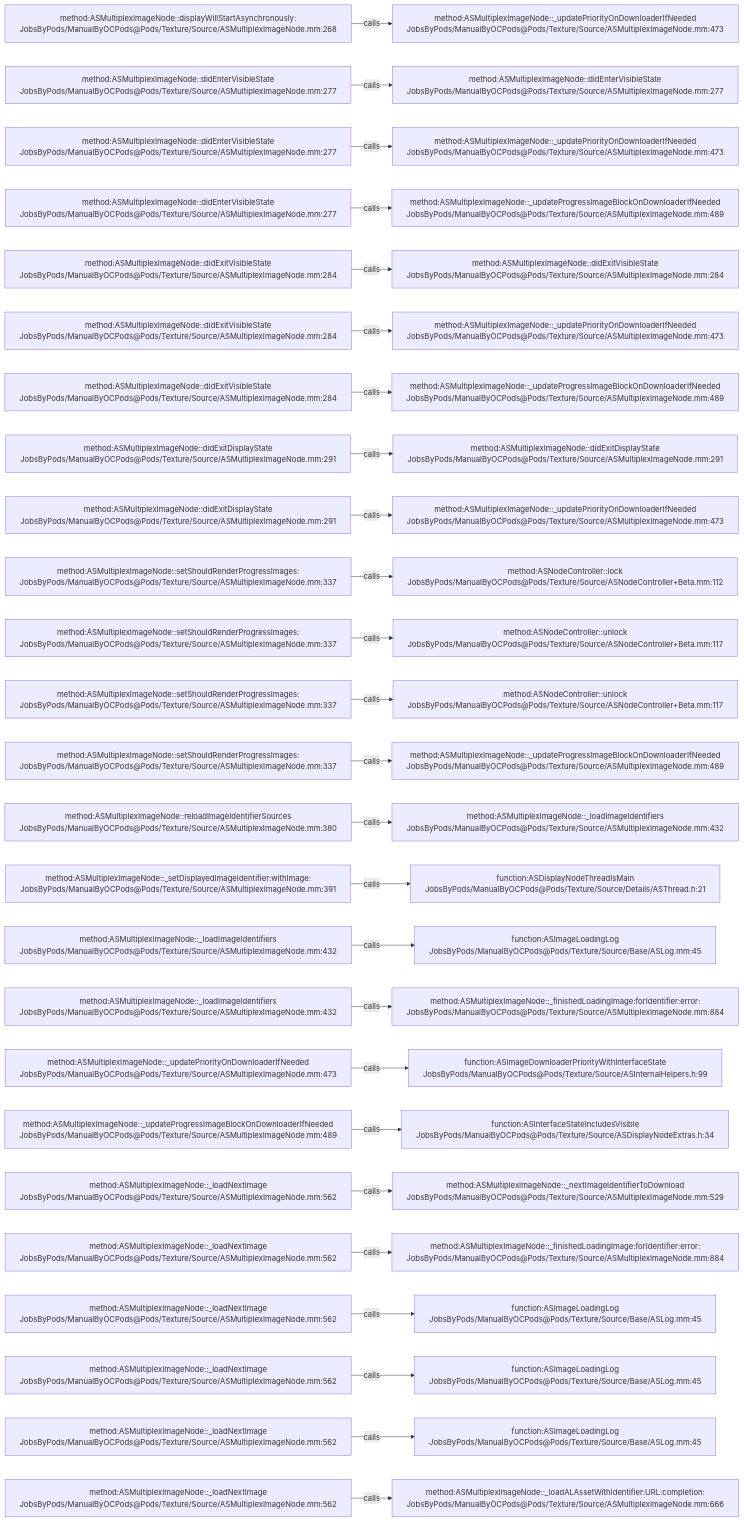
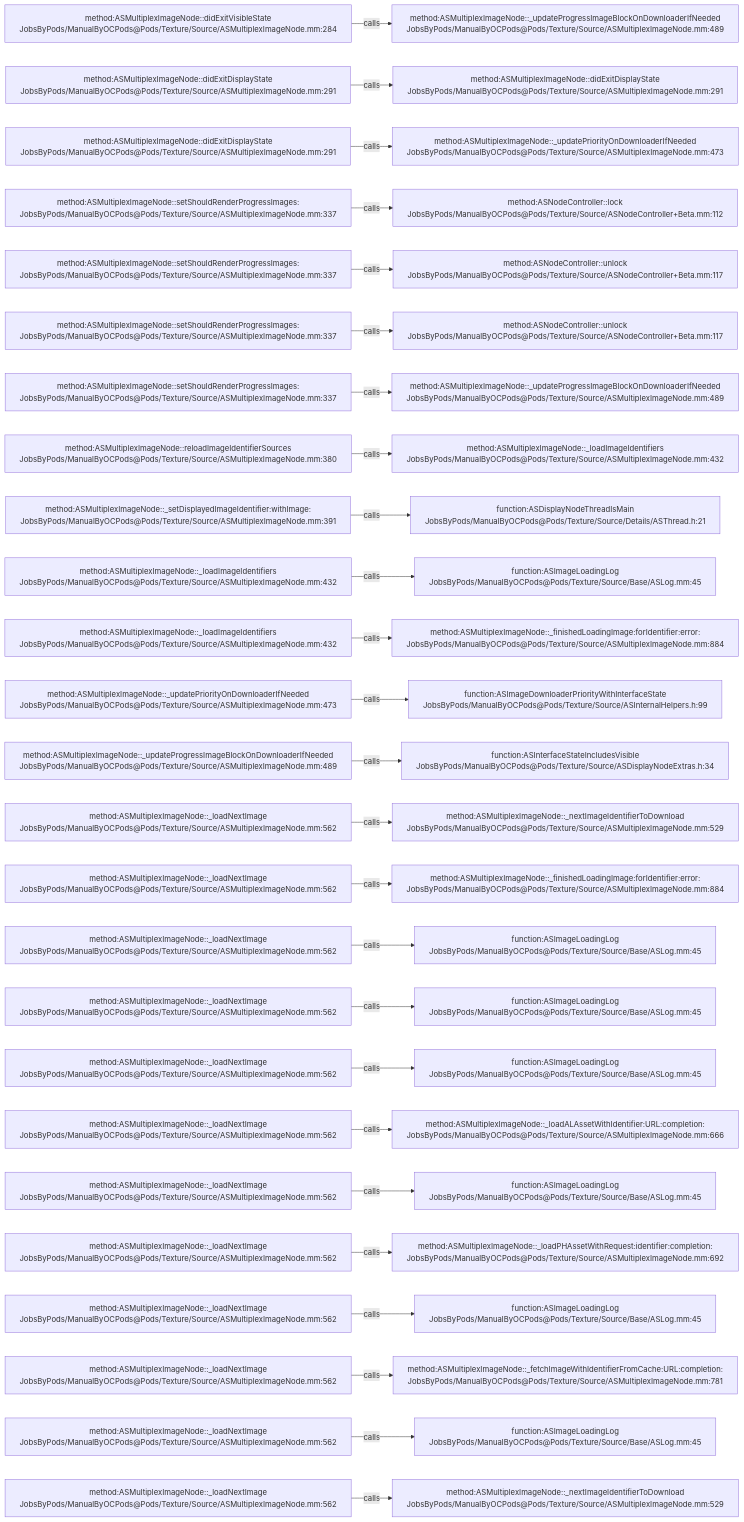
Before and after one commit to JobsKits/JobsOCBaseConfigDemo: the diagram in .codegraph/codegraph.md/graphs/calls-107.md, drawn with Mermaid. The commit also changed 666 other files, not shown here.

````diff
--- a/.codegraph/codegraph.md/graphs/calls-107.md
+++ b/.codegraph/codegraph.md/graphs/calls-107.md
@@ -13,78 +13,78 @@
 ```mermaid
 flowchart LR
-  S1["method:ASMultiplexImageNode::displayWillStartAsynchronously:<br/>JobsByPods/ManualByOCPods@Pods/Texture/Source/ASMultiplexImageNode.mm:268"]
-  T1["method:ASMultiplexImageNode::_updatePriorityOnDownloaderIfNeeded<br/>JobsByPods/ManualByOCPods@Pods/Texture/Source/ASMultiplexImageNode.mm:473"]
+  S1["method:ASMultiplexImageNode::didExitVisibleState<br/>JobsByPods/ManualByOCPods@Pods/Texture/Source/ASMultiplexImageNode.mm:284"]
+  T1["method:ASMultiplexImageNode::_updateProgressImageBlockOnDownloaderIfNeeded<br/>JobsByPods/ManualByOCPods@Pods/Texture/Source/ASMultiplexImageNode.mm:489"]
   S1 -->|calls| T1
-  S2["method:ASMultiplexImageNode::didEnterVisibleState<br/>JobsByPods/ManualByOCPods@Pods/Texture/Source/ASMultiplexImageNode.mm:277"]
-  T2["method:ASMultiplexImageNode::didEnterVisibleState<br/>JobsByPods/ManualByOCPods@Pods/Texture/Source/ASMultiplexImageNode.mm:277"]
+  S2["method:ASMultiplexImageNode::didExitDisplayState<br/>JobsByPods/ManualByOCPods@Pods/Texture/Source/ASMultiplexImageNode.mm:291"]
+  T2["method:ASMultiplexImageNode::didExitDisplayState<br/>JobsByPods/ManualByOCPods@Pods/Texture/Source/ASMultiplexImageNode.mm:291"]
   S2 -->|calls| T2
-  S3["method:ASMultiplexImageNode::didEnterVisibleState<br/>JobsByPods/ManualByOCPods@Pods/Texture/Source/ASMultiplexImageNode.mm:277"]
+  S3["method:ASMultiplexImageNode::didExitDisplayState<br/>JobsByPods/ManualByOCPods@Pods/Texture/Source/ASMultiplexImageNode.mm:291"]
   T3["method:ASMultiplexImageNode::_updatePriorityOnDownloaderIfNeeded<br/>JobsByPods/ManualByOCPods@Pods/Texture/Source/ASMultiplexImageNode.mm:473"]
   S3 -->|calls| T3
-  S4["method:ASMultiplexImageNode::didEnterVisibleState<br/>JobsByPods/ManualByOCPods@Pods/Texture/Source/ASMultiplexImageNode.mm:277"]
-  T4["method:ASMultiplexImageNode::_updateProgressImageBlockOnDownloaderIfNeeded<br/>JobsByPods/ManualByOCPods@Pods/Texture/Source/ASMultiplexImageNode.mm:489"]
+  S4["method:ASMultiplexImageNode::setShouldRenderProgressImages:<br/>JobsByPods/ManualByOCPods@Pods/Texture/Source/ASMultiplexImageNode.mm:337"]
+  T4["method:ASNodeController::lock<br/>JobsByPods/ManualByOCPods@Pods/Texture/Source/ASNodeController+Beta.mm:112"]
   S4 -->|calls| T4
-  S5["method:ASMultiplexImageNode::didExitVisibleState<br/>JobsByPods/ManualByOCPods@Pods/Texture/Source/ASMultiplexImageNode.mm:284"]
-  T5["method:ASMultiplexImageNode::didExitVisibleState<br/>JobsByPods/ManualByOCPods@Pods/Texture/Source/ASMultiplexImageNode.mm:284"]
+  S5["method:ASMultiplexImageNode::setShouldRenderProgressImages:<br/>JobsByPods/ManualByOCPods@Pods/Texture/Source/ASMultiplexImageNode.mm:337"]
+  T5["method:ASNodeController::unlock<br/>JobsByPods/ManualByOCPods@Pods/Texture/Source/ASNodeController+Beta.mm:117"]
   S5 -->|calls| T5
-  S6["method:ASMultiplexImageNode::didExitVisibleState<br/>JobsByPods/ManualByOCPods@Pods/Texture/Source/ASMultiplexImageNode.mm:284"]
-  T6["method:ASMultiplexImageNode::_updatePriorityOnDownloaderIfNeeded<br/>JobsByPods/ManualByOCPods@Pods/Texture/Source/ASMultiplexImageNode.mm:473"]
+  S6["method:ASMultiplexImageNode::setShouldRenderProgressImages:<br/>JobsByPods/ManualByOCPods@Pods/Texture/Source/ASMultiplexImageNode.mm:337"]
+  T6["method:ASNodeController::unlock<br/>JobsByPods/ManualByOCPods@Pods/Texture/Source/ASNodeController+Beta.mm:117"]
   S6 -->|calls| T6
-  S7["method:ASMultiplexImageNode::didExitVisibleState<br/>JobsByPods/ManualByOCPods@Pods/Texture/Source/ASMultiplexImageNode.mm:284"]
+  S7["method:ASMultiplexImageNode::setShouldRenderProgressImages:<br/>JobsByPods/ManualByOCPods@Pods/Texture/Source/ASMultiplexImageNode.mm:337"]
   T7["method:ASMultiplexImageNode::_updateProgressImageBlockOnDownloaderIfNeeded<br/>JobsByPods/ManualByOCPods@Pods/Texture/Source/ASMultiplexImageNode.mm:489"]
   S7 -->|calls| T7
-  S8["method:ASMultiplexImageNode::didExitDisplayState<br/>JobsByPods/ManualByOCPods@Pods/Texture/Source/ASMultiplexImageNode.mm:291"]
-  T8["method:ASMultiplexImageNode::didExitDisplayState<br/>JobsByPods/ManualByOCPods@Pods/Texture/Source/ASMultiplexImageNode.mm:291"]
+  S8["method:ASMultiplexImageNode::reloadImageIdentifierSources<br/>JobsByPods/ManualByOCPods@Pods/Texture/Source/ASMultiplexImageNode.mm:380"]
+  T8["method:ASMultiplexImageNode::_loadImageIdentifiers<br/>JobsByPods/ManualByOCPods@Pods/Texture/Source/ASMultiplexImageNode.mm:432"]
   S8 -->|calls| T8
-  S9["method:ASMultiplexImageNode::didExitDisplayState<br/>JobsByPods/ManualByOCPods@Pods/Texture/Source/ASMultiplexImageNode.mm:291"]
-  T9["method:ASMultiplexImageNode::_updatePriorityOnDownloaderIfNeeded<br/>JobsByPods/ManualByOCPods@Pods/Texture/Source/ASMultiplexImageNode.mm:473"]
+  S9["method:ASMultiplexImageNode::_setDisplayedImageIdentifier:withImage:<br/>JobsByPods/ManualByOCPods@Pods/Texture/Source/ASMultiplexImageNode.mm:391"]
+  T9["function:ASDisplayNodeThreadIsMain<br/>JobsByPods/ManualByOCPods@Pods/Texture/Source/Details/ASThread.h:21"]
   S9 -->|calls| T9
-  S10["method:ASMultiplexImageNode::setShouldRenderProgressImages:<br/>JobsByPods/ManualByOCPods@Pods/Texture/Source/ASMultiplexImageNode.mm:337"]
-  T10["method:ASNodeController::lock<br/>JobsByPods/ManualByOCPods@Pods/Texture/Source/ASNodeController+Beta.mm:112"]
+  S10["method:ASMultiplexImageNode::_loadImageIdentifiers<br/>JobsByPods/ManualByOCPods@Pods/Texture/Source/ASMultiplexImageNode.mm:432"]
+  T10["function:ASImageLoadingLog<br/>JobsByPods/ManualByOCPods@Pods/Texture/Source/Base/ASLog.mm:45"]
   S10 -->|calls| T10
-  S11["method:ASMultiplexImageNode::setShouldRenderProgressImages:<br/>JobsByPods/ManualByOCPods@Pods/Texture/Source/ASMultiplexImageNode.mm:337"]
-  T11["method:ASNodeController::unlock<br/>JobsByPods/ManualByOCPods@Pods/Texture/Source/ASNodeController+Beta.mm:117"]
+  S11["method:ASMultiplexImageNode::_loadImageIdentifiers<br/>JobsByPods/ManualByOCPods@Pods/Texture/Source/ASMultiplexImageNode.mm:432"]
+  T11["method:ASMultiplexImageNode::_finishedLoadingImage:forIdentifier:error:<br/>JobsByPods/ManualByOCPods@Pods/Texture/Source/ASMultiplexImageNode.mm:884"]
   S11 -->|calls| T11
-  S12["method:ASMultiplexImageNode::setShouldRenderProgressImages:<br/>JobsByPods/ManualByOCPods@Pods/Texture/Source/ASMultiplexImageNode.mm:337"]
-  T12["method:ASNodeController::unlock<br/>JobsByPods/ManualByOCPods@Pods/Texture/Source/ASNodeController+Beta.mm:117"]
+  S12["method:ASMultiplexImageNode::_updatePriorityOnDownloaderIfNeeded<br/>JobsByPods/ManualByOCPods@Pods/Texture/Source/ASMultiplexImageNode.mm:473"]
+  T12["function:ASImageDownloaderPriorityWithInterfaceState<br/>JobsByPods/ManualByOCPods@Pods/Texture/Source/ASInternalHelpers.h:99"]
   S12 -->|calls| T12
-  S13["method:ASMultiplexImageNode::setShouldRenderProgressImages:<br/>JobsByPods/ManualByOCPods@Pods/Texture/Source/ASMultiplexImageNode.mm:337"]
-  T13["method:ASMultiplexImageNode::_updateProgressImageBlockOnDownloaderIfNeeded<br/>JobsByPods/ManualByOCPods@Pods/Texture/Source/ASMultiplexImageNode.mm:489"]
+  S13["method:ASMultiplexImageNode::_updateProgressImageBlockOnDownloaderIfNeeded<br/>JobsByPods/ManualByOCPods@Pods/Texture/Source/ASMultiplexImageNode.mm:489"]
+  T13["function:ASInterfaceStateIncludesVisible<br/>JobsByPods/ManualByOCPods@Pods/Texture/Source/ASDisplayNodeExtras.h:34"]
   S13 -->|calls| T13
-  S14["method:ASMultiplexImageNode::reloadImageIdentifierSources<br/>JobsByPods/ManualByOCPods@Pods/Texture/Source/ASMultiplexImageNode.mm:380"]
-  T14["method:ASMultiplexImageNode::_loadImageIdentifiers<br/>JobsByPods/ManualByOCPods@Pods/Texture/Source/ASMultiplexImageNode.mm:432"]
+  S14["method:ASMultiplexImageNode::_loadNextImage<br/>JobsByPods/ManualByOCPods@Pods/Texture/Source/ASMultiplexImageNode.mm:562"]
+  T14["method:ASMultiplexImageNode::_nextImageIdentifierToDownload<br/>JobsByPods/ManualByOCPods@Pods/Texture/Source/ASMultiplexImageNode.mm:529"]
   S14 -->|calls| T14
-  S15["method:ASMultiplexImageNode::_setDisplayedImageIdentifier:withImage:<br/>JobsByPods/ManualByOCPods@Pods/Texture/Source/ASMultiplexImageNode.mm:391"]
-  T15["function:ASDisplayNodeThreadIsMain<br/>JobsByPods/ManualByOCPods@Pods/Texture/Source/Details/ASThread.h:21"]
+  S15["method:ASMultiplexImageNode::_loadNextImage<br/>JobsByPods/ManualByOCPods@Pods/Texture/Source/ASMultiplexImageNode.mm:562"]
+  T15["method:ASMultiplexImageNode::_finishedLoadingImage:forIdentifier:error:<br/>JobsByPods/ManualByOCPods@Pods/Texture/Source/ASMultiplexImageNode.mm:884"]
   S15 -->|calls| T15
-  S16["method:ASMultiplexImageNode::_loadImageIdentifiers<br/>JobsByPods/ManualByOCPods@Pods/Texture/Source/ASMultiplexImageNode.mm:432"]
+  S16["method:ASMultiplexImageNode::_loadNextImage<br/>JobsByPods/ManualByOCPods@Pods/Texture/Source/ASMultiplexImageNode.mm:562"]
   T16["function:ASImageLoadingLog<br/>JobsByPods/ManualByOCPods@Pods/Texture/Source/Base/ASLog.mm:45"]
   S16 -->|calls| T16
-  S17["method:ASMultiplexImageNode::_loadImageIdentifiers<br/>JobsByPods/ManualByOCPods@Pods/Texture/Source/ASMultiplexImageNode.mm:432"]
-  T17["method:ASMultiplexImageNode::_finishedLoadingImage:forIdentifier:error:<br/>JobsByPods/ManualByOCPods@Pods/Texture/Source/ASMultiplexImageNode.mm:884"]
+  S17["method:ASMultiplexImageNode::_loadNextImage<br/>JobsByPods/ManualByOCPods@Pods/Texture/Source/ASMultiplexImageNode.mm:562"]
+  T17["function:ASImageLoadingLog<br/>JobsByPods/ManualByOCPods@Pods/Texture/Source/Base/ASLog.mm:45"]
   S17 -->|calls| T17
-  S18["method:ASMultiplexImageNode::_updatePriorityOnDownloaderIfNeeded<br/>JobsByPods/ManualByOCPods@Pods/Texture/Source/ASMultiplexImageNode.mm:473"]
-  T18["function:ASImageDownloaderPriorityWithInterfaceState<br/>JobsByPods/ManualByOCPods@Pods/Texture/Source/ASInternalHelpers.h:99"]
+  S18["method:ASMultiplexImageNode::_loadNextImage<br/>JobsByPods/ManualByOCPods@Pods/Texture/Source/ASMultiplexImageNode.mm:562"]
+  T18["function:ASImageLoadingLog<br/>JobsByPods/ManualByOCPods@Pods/Texture/Source/Base/ASLog.mm:45"]
   S18 -->|calls| T18
-  S19["method:ASMultiplexImageNode::_updateProgressImageBlockOnDownloaderIfNeeded<br/>JobsByPods/ManualByOCPods@Pods/Texture/Source/ASMultiplexImageNode.mm:489"]
-  T19["function:ASInterfaceStateIncludesVisible<br/>JobsByPods/ManualByOCPods@Pods/Texture/Source/ASDisplayNodeExtras.h:34"]
+  S19["method:ASMultiplexImageNode::_loadNextImage<br/>JobsByPods/ManualByOCPods@Pods/Texture/Source/ASMultiplexImageNode.mm:562"]
+  T19["method:ASMultiplexImageNode::_loadALAssetWithIdentifier:URL:completion:<br/>JobsByPods/ManualByOCPods@Pods/Texture/Source/ASMultiplexImageNode.mm:666"]
   S19 -->|calls| T19
   S20["method:ASMultiplexImageNode::_loadNextImage<br/>JobsByPods/ManualByOCPods@Pods/Texture/Source/ASMultiplexImageNode.mm:562"]
-  T20["method:ASMultiplexImageNode::_nextImageIdentifierToDownload<br/>JobsByPods/ManualByOCPods@Pods/Texture/Source/ASMultiplexImageNode.mm:529"]
+  T20["function:ASImageLoadingLog<br/>JobsByPods/ManualByOCPods@Pods/Texture/Source/Base/ASLog.mm:45"]
   S20 -->|calls| T20
   S21["method:ASMultiplexImageNode::_loadNextImage<br/>JobsByPods/ManualByOCPods@Pods/Texture/Source/ASMultiplexImageNode.mm:562"]
-  T21["method:ASMultiplexImageNode::_finishedLoadingImage:forIdentifier:error:<br/>JobsByPods/ManualByOCPods@Pods/Texture/Source/ASMultiplexImageNode.mm:884"]
+  T21["method:ASMultiplexImageNode::_loadPHAssetWithRequest:identifier:completion:<br/>JobsByPods/ManualByOCPods@Pods/Texture/Source/ASMultiplexImageNode.mm:692"]
   S21 -->|calls| T21
   S22["method:ASMultiplexImageNode::_loadNextImage<br/>JobsByPods/ManualByOCPods@Pods/Texture/Source/ASMultiplexImageNode.mm:562"]
   T22["function:ASImageLoadingLog<br/>JobsByPods/ManualByOCPods@Pods/Texture/Source/Base/ASLog.mm:45"]
   S22 -->|calls| T22
   S23["method:ASMultiplexImageNode::_loadNextImage<br/>JobsByPods/ManualByOCPods@Pods/Texture/Source/ASMultiplexImageNode.mm:562"]
-  T23["function:ASImageLoadingLog<br/>JobsByPods/ManualByOCPods@Pods/Texture/Source/Base/ASLog.mm:45"]
+  T23["method:ASMultiplexImageNode::_fetchImageWithIdentifierFromCache:URL:completion:<br/>JobsByPods/ManualByOCPods@Pods/Texture/Source/ASMultiplexImageNode.mm:781"]
   S23 -->|calls| T23
   S24["method:ASMultiplexImageNode::_loadNextImage<br/>JobsByPods/ManualByOCPods@Pods/Texture/Source/ASMultiplexImageNode.mm:562"]
   T24["function:ASImageLoadingLog<br/>JobsByPods/ManualByOCPods@Pods/Texture/Source/Base/ASLog.mm:45"]
   S24 -->|calls| T24
   S25["method:ASMultiplexImageNode::_loadNextImage<br/>JobsByPods/ManualByOCPods@Pods/Texture/Source/ASMultiplexImageNode.mm:562"]
-  T25["method:ASMultiplexImageNode::_loadALAssetWithIdentifier:URL:completion:<br/>JobsByPods/ManualByOCPods@Pods/Texture/Source/ASMultiplexImageNode.mm:666"]
+  T25["method:ASMultiplexImageNode::_nextImageIdentifierToDownload<br/>JobsByPods/ManualByOCPods@Pods/Texture/Source/ASMultiplexImageNode.mm:529"]
   S25 -->|calls| T25
 ```
````
